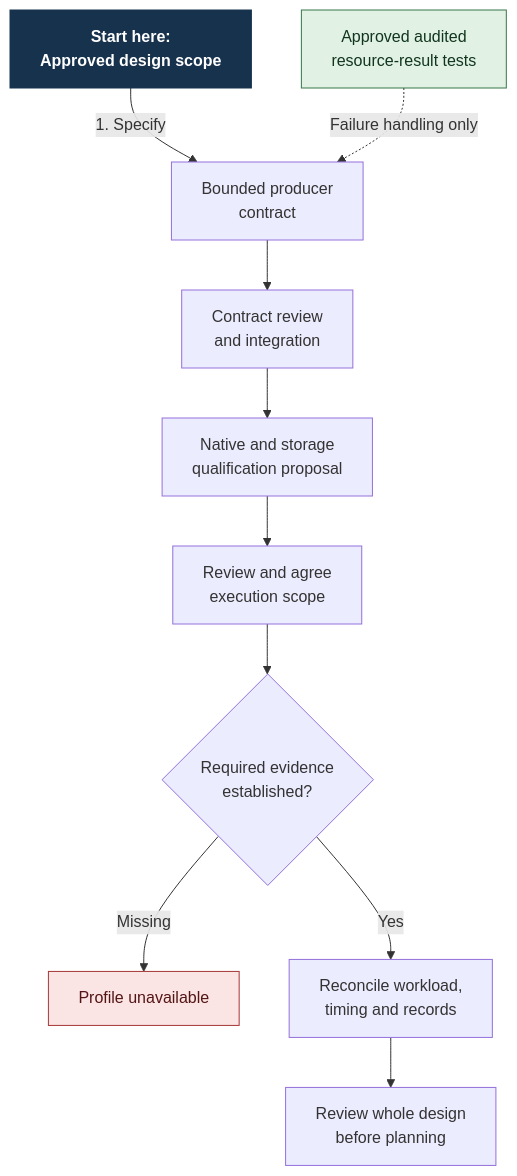
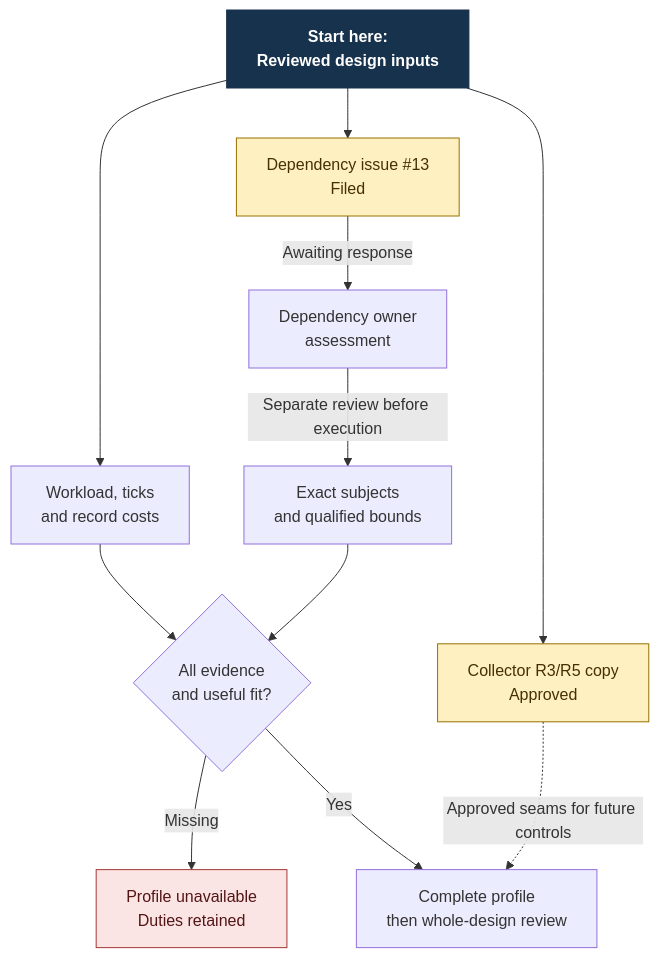
Before and after one commit to Linkuistics/Koine: the diagram in docs/design/architecture/settings-activation/keepalive-completion.mmd, drawn with Mermaid. The commit also changed 11 other files, not shown here.

First line of the commit message:
settings-keepalive-completion-worksheet-k117: record accounting and approved dependency handoff

```diff
--- a/docs/design/architecture/settings-activation/keepalive-completion.mmd
+++ b/docs/design/architecture/settings-activation/keepalive-completion.mmd
@@ -1,23 +1,23 @@
 flowchart TD
-    start["Start here:<br/>Approved design scope"]:::start
-    unresolved["Profile unavailable"]:::hold
-    contract["Bounded producer<br/>contract"]
-    contractReview["Contract review<br/>and integration"]
-    qualify["Native and storage<br/>qualification proposal"]
-    scope["Review and agree<br/>execution scope"]
-    evidence{"Required evidence<br/>established?"}
-    reconcile["Reconcile workload,<br/>timing and records"]
-    review["Review whole design<br/>before planning"]
-    start -->|1. Specify| contract
-    contract --> contractReview
-    contractReview --> qualify
-    qualify --> scope
-    scope --> evidence
-    evidence -->|Yes| reconcile
-    evidence -->|Missing| unresolved
-    reconcile --> review
-    tests["Approved audited<br/>resource-result tests"]:::approved
-    tests -.->|Failure handling only| contract
+    start["Start here:<br/>Reviewed design inputs"]:::start
+    worksheet["Workload, ticks<br/>and record costs"]
+    issue["Dependency issue #13<br/>Filed"]:::decided
+    seam["Collector R3/R5 copy<br/>Approved"]:::decided
+    external["Dependency owner<br/>assessment"]
+    bounds["Exact subjects<br/>and qualified bounds"]
+    evidence{"All evidence<br/>and useful fit?"}
+    hold["Profile unavailable<br/>Duties retained"]:::hold
+    review["Complete profile<br/>then whole-design review"]
+    start --> worksheet
+    start --> issue
+    start --> seam
+    issue -->|Awaiting response| external
+    external -->|Separate review before execution| bounds
+    worksheet --> evidence
+    bounds --> evidence
+    evidence -->|Missing| hold
+    evidence -->|Yes| review
+    seam -.->|Approved seams for future controls| review
     classDef start fill:#17324d,color:#fff,font-weight:bold,stroke:#17324d
-    classDef approved fill:#e1f2e5,color:#12351e,stroke:#36764a
+    classDef decided fill:#fff0c2,color:#463000,stroke:#987000
     classDef hold fill:#fbe4e4,color:#541515,stroke:#a63636
```
